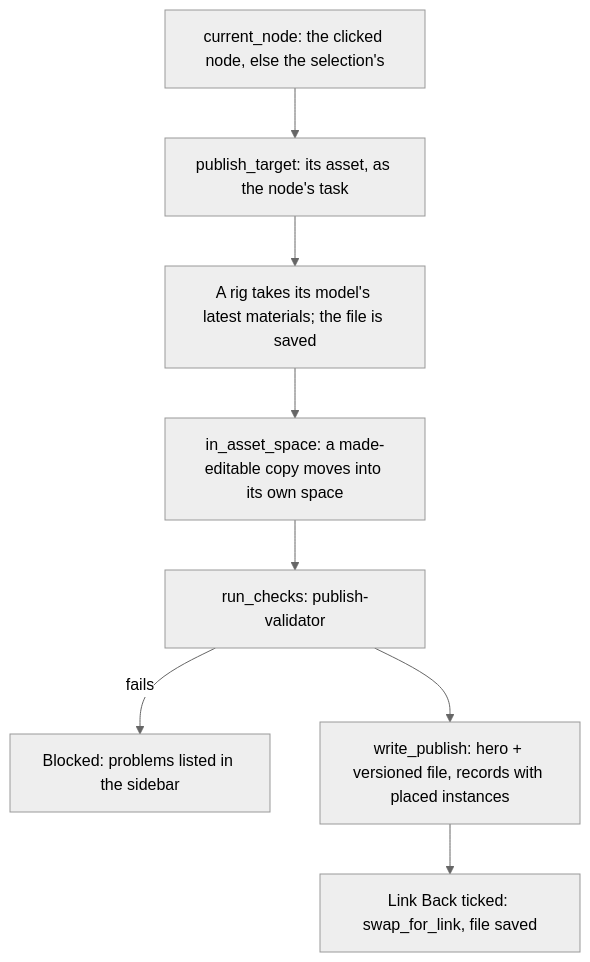
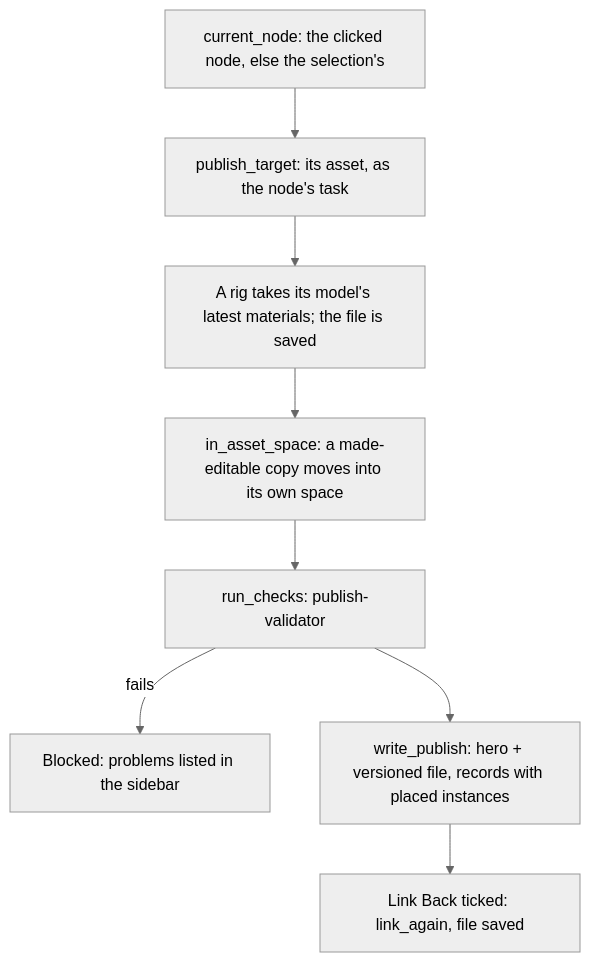
The diagram in docs/architecture.md (jmleventhorpe/blender-smallstudio-pipeline), drawn with Mermaid (neutral theme) before and after one commit. The commit also changed other lines of this file and 10 other files, not shown here.

````diff
--- a/docs/architecture.md
+++ b/docs/architecture.md
@@ -110,16 +110,16 @@
 ```mermaid
 flowchart TD
     node["current_node: the clicked node, else the selection's"]
     target["publish_target: its asset, as the node's task"]
     materials["A rig takes its model's latest materials; the file is saved"]
     space["in_asset_space: a made-editable copy moves into its own space"]
     checks["run_checks: publish-validator"]
     blocked["Blocked: problems listed in the sidebar"]
     write["write_publish: hero + versioned file, records with placed instances"]
-    link["Link Back ticked: swap_for_link, file saved"]
+    link["Link Back ticked: link_again, file saved"]
 
     node --> target --> materials --> space --> checks
     checks -- fails --> blocked
     checks --> write
     write --> link
 ```
````
